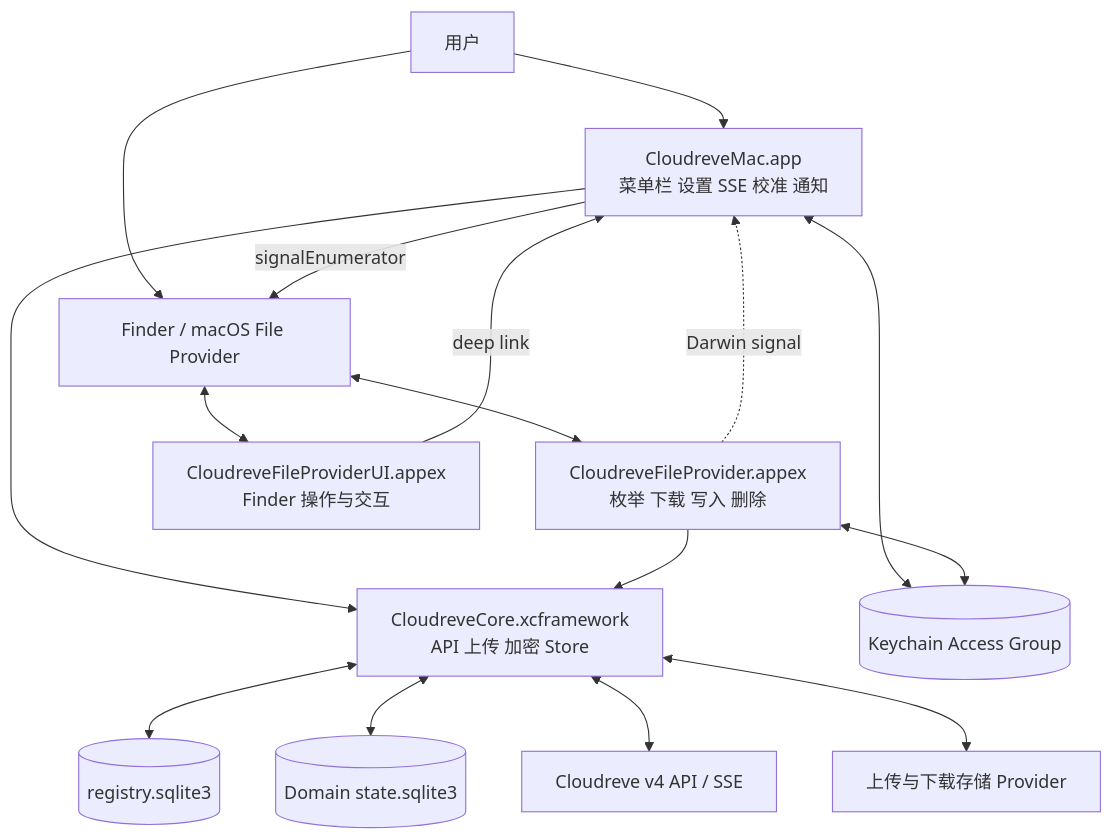
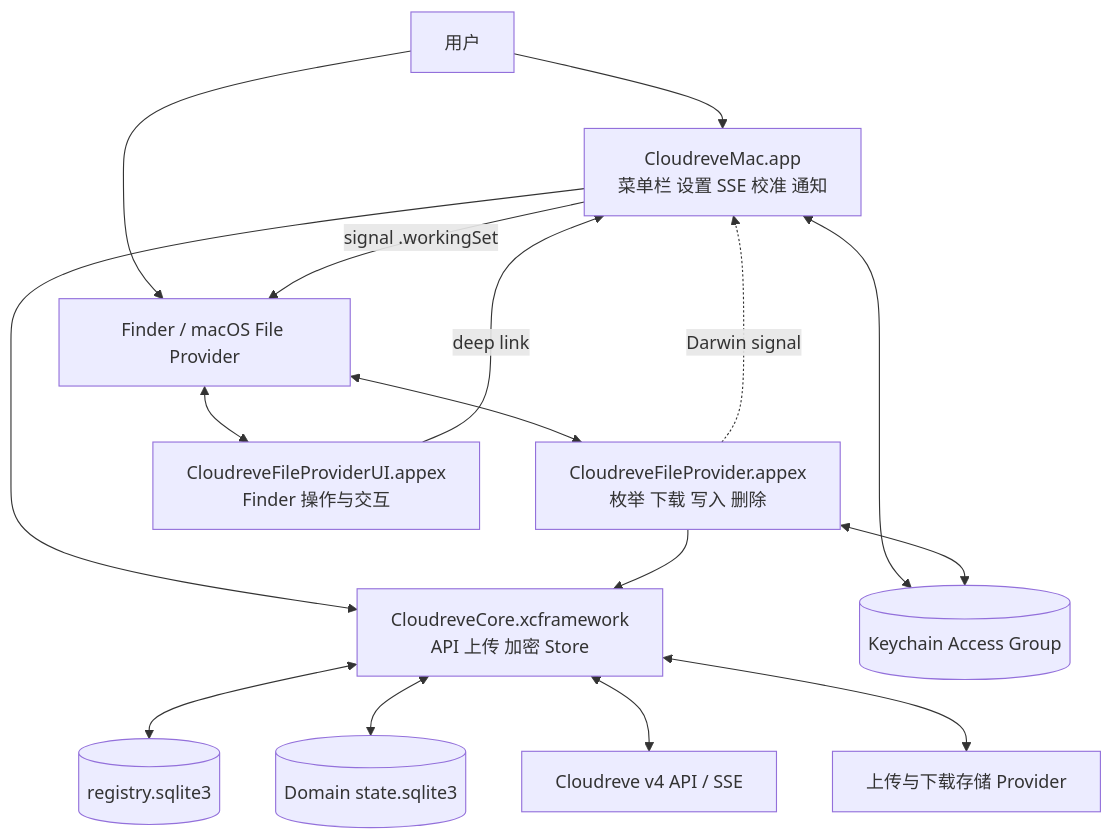
Before and after one commit to tiylabs/nimbussync: the first of 5 diagrams in docs/02-macos-technical-architecture.md, drawn with Mermaid. The commit also changed other lines of this file and 1 other file, not shown here.

Commit message:
docs: 📝 Refine macOS product requirements and architecture

````diff
--- a/docs/02-macos-technical-architecture.md
+++ b/docs/02-macos-technical-architecture.md
@@ -90,30 +94,30 @@
 ```mermaid
 flowchart TB
     USER[用户]
     FINDER[Finder / macOS File Provider]
     APP[CloudreveMac.app<br/>菜单栏 设置 SSE 校准 通知]
     FP[CloudreveFileProvider.appex<br/>枚举 下载 写入 删除]
     FPUI[CloudreveFileProviderUI.appex<br/>Finder 操作与交互]
     CORE[CloudreveCore.xcframework<br/>API 上传 加密 Store]
     REG[(registry.sqlite3)]
     DOMAIN[(Domain state.sqlite3)]
     KC[(Keychain Access Group)]
     SERVER[Cloudreve v4 API / SSE]
     STORAGE[上传与下载存储 Provider]
 
     USER --> APP
     USER --> FINDER
     FINDER <--> FP
     FINDER <--> FPUI
     FPUI -->|deep link| APP
     APP --> CORE
     FP --> CORE
     CORE <--> REG
     CORE <--> DOMAIN
     APP <--> KC
     FP <--> KC
     CORE <--> SERVER
     CORE <--> STORAGE
-    APP -->|signalEnumerator| FINDER
+    APP -->|signal .workingSet| FINDER
     FP -. Darwin signal .-> APP
 ```
````
